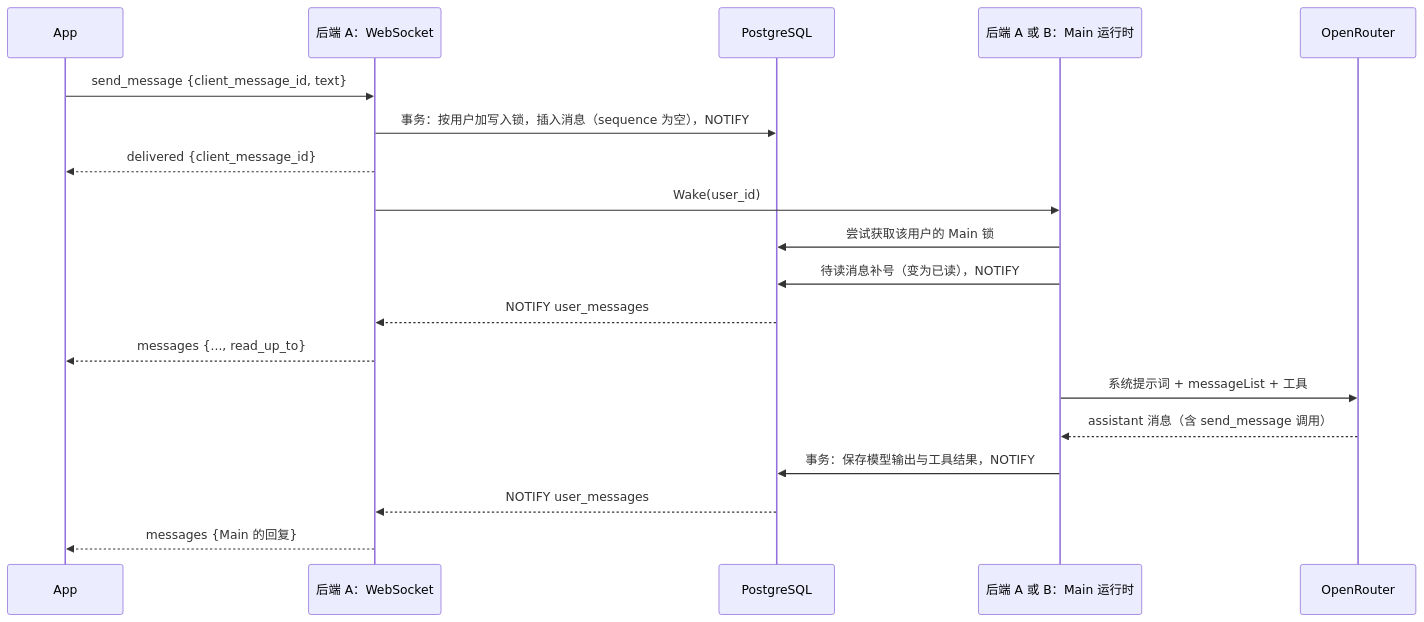
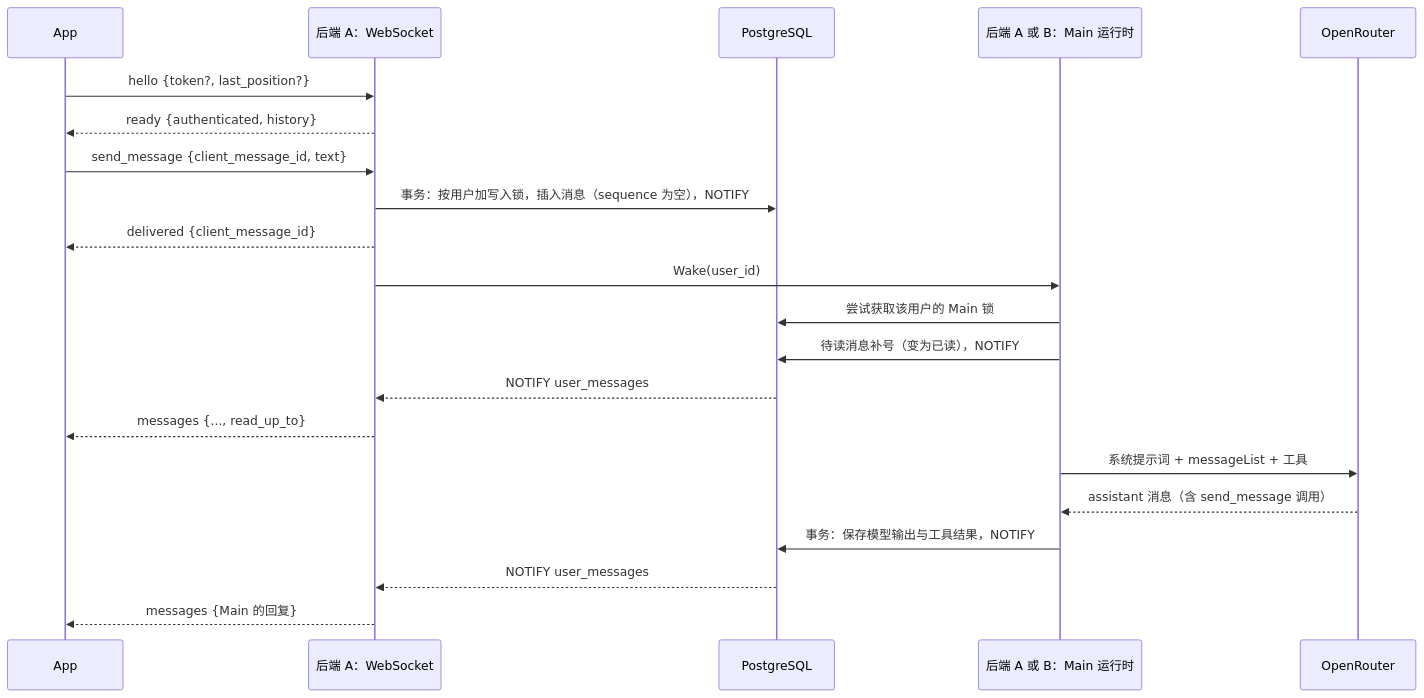
The diagram in docs/wiki/04-messaging.md (OmniNetOpensource/aether-personal), drawn with Mermaid before and after one commit. The commit also changed other lines of this file and 13 other files, not shown here.

````diff
--- a/docs/wiki/04-messaging.md
+++ b/docs/wiki/04-messaging.md
@@ -26,22 +34,24 @@
 ```mermaid
 sequenceDiagram
     participant App
     participant WS as 后端 A：WebSocket
     participant DB as PostgreSQL
     participant Runner as 后端 A 或 B：Main 运行时
     participant Model as OpenRouter
 
+    App->>WS: hello {token?, last_position?}
+    WS-->>App: ready {authenticated, history}
     App->>WS: send_message {client_message_id, text}
     WS->>DB: 事务：按用户加写入锁，插入消息（sequence 为空），NOTIFY
     WS-->>App: delivered {client_message_id}
     WS->>Runner: Wake(user_id)
     Runner->>DB: 尝试获取该用户的 Main 锁
     Runner->>DB: 待读消息补号（变为已读），NOTIFY
     DB-->>WS: NOTIFY user_messages
     WS-->>App: messages {..., read_up_to}
     Runner->>Model: 系统提示词 + messageList + 工具
     Model-->>Runner: assistant 消息（含 send_message 调用）
     Runner->>DB: 事务：保存模型输出与工具结果，NOTIFY
     DB-->>WS: NOTIFY user_messages
     WS-->>App: messages {Main 的回复}
 ```
````
